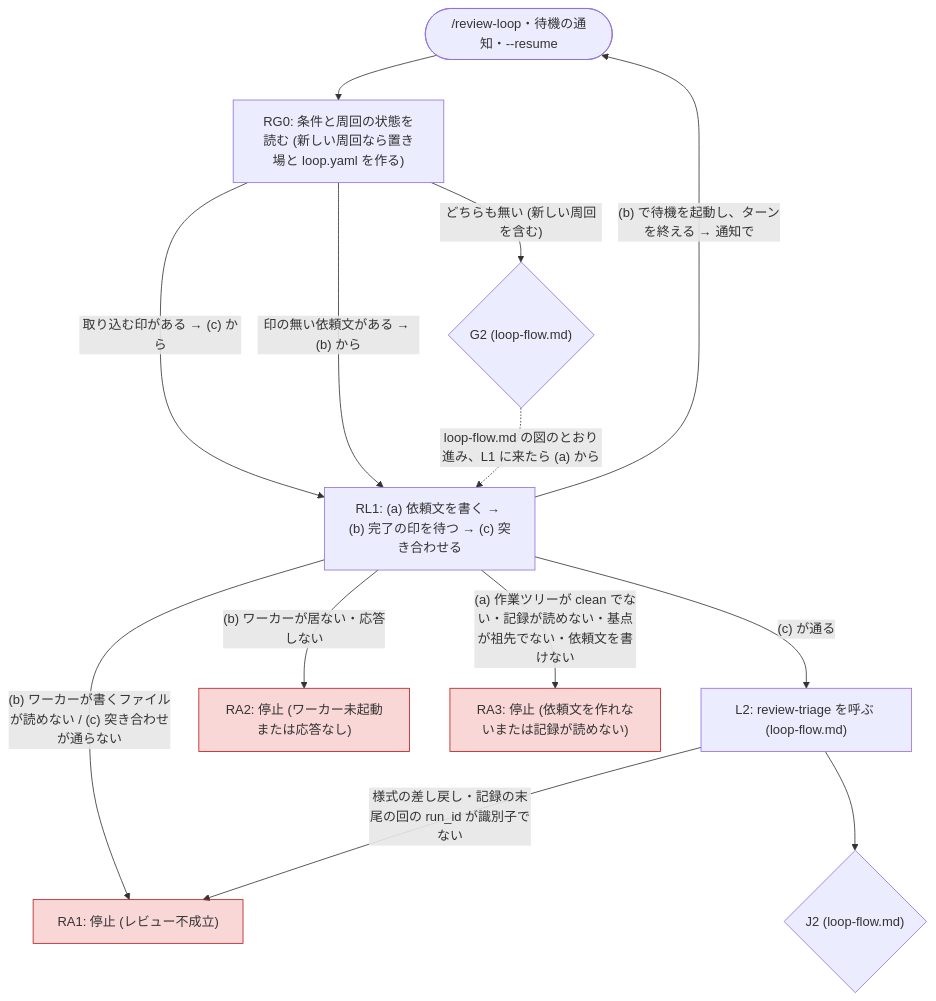
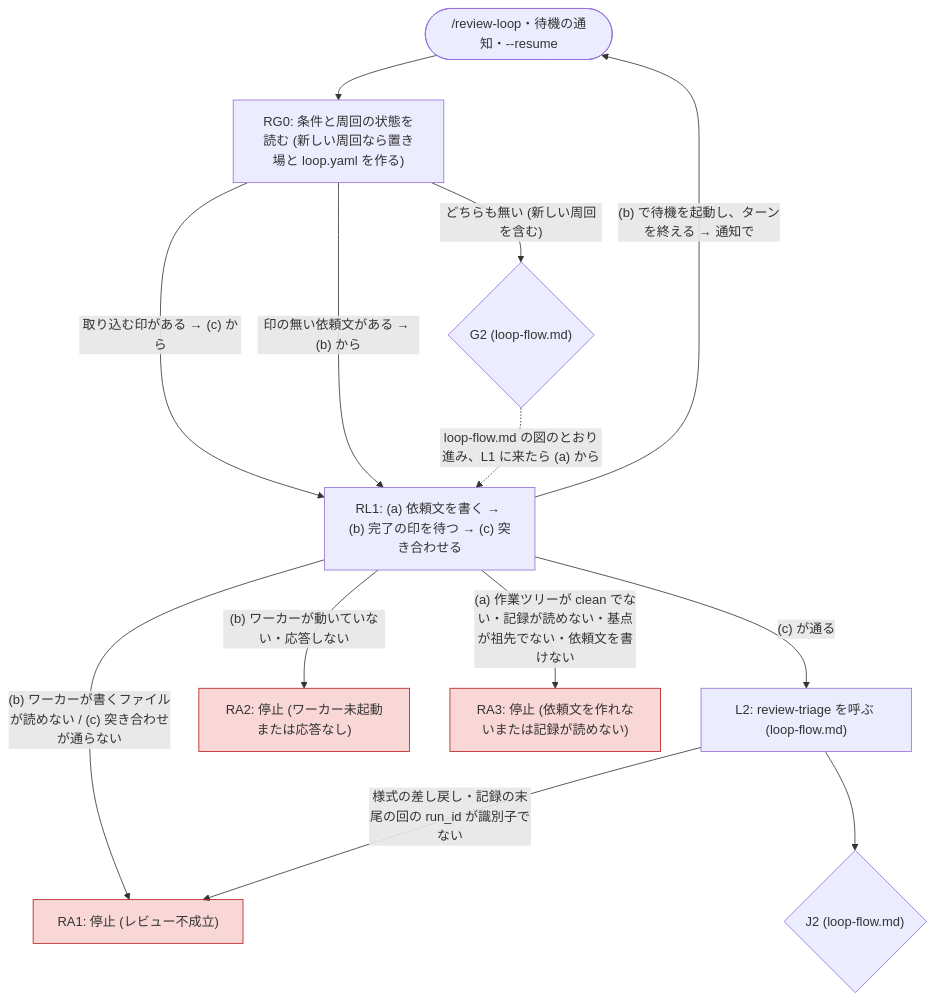
Before and after one commit to akm/claude-plugins: the diagram in review-triage/skills/review-loop/references/stops.md, drawn with Mermaid. The commit also changed other lines of this file and 15 other files, not shown here.

````diff
--- a/review-triage/skills/review-loop/references/stops.md
+++ b/review-triage/skills/review-loop/references/stops.md
@@ -11,29 +11,29 @@
 ```mermaid
 flowchart TD
   IN(["/review-loop・待機の通知・--resume"])
   RG0["RG0: 条件と周回の状態を読む (新しい周回なら置き場と loop.yaml を作る)"]
   RL1["RL1: (a) 依頼文を書く → (b) 完了の印を待つ → (c) 突き合わせる"]
   G2{"G2 (loop-flow.md)"}
   L2["L2: review-triage を呼ぶ (loop-flow.md)"]
   J2{"J2 (loop-flow.md)"}
   RA1["RA1: 停止 (レビュー不成立)"]
   RA2["RA2: 停止 (ワーカー未起動または応答なし)"]
   RA3["RA3: 停止 (依頼文を作れないまたは記録が読めない)"]
 
   IN --> RG0
   RG0 -- "取り込む印がある → (c) から" --> RL1
   RG0 -- "印の無い依頼文がある → (b) から" --> RL1
   RG0 -- "どちらも無い (新しい周回を含む)" --> G2
   G2 -. "loop-flow.md の図のとおり進み、L1 に来たら (a) から" .-> RL1
   RL1 -- "(b) で待機を起動し、ターンを終える → 通知で" --> IN
   RL1 -- "(a) 作業ツリーが clean でない・記録が読めない・基点が祖先でない・依頼文を書けない" --> RA3
-  RL1 -- "(b) ワーカーが居ない・応答しない" --> RA2
+  RL1 -- "(b) ワーカーが動いていない・応答しない" --> RA2
   RL1 -- "(b) ワーカーが書くファイルが読めない / (c) 突き合わせが通らない" --> RA1
   RL1 -- "(c) が通る" --> L2
   L2 -- "様式の差し戻し・記録の末尾の回の run_id が識別子でない" --> RA1
   L2 --> J2
 
   style RA1 fill:#dc26262e,stroke:#b91c1c
   style RA2 fill:#dc26262e,stroke:#b91c1c
   style RA3 fill:#dc26262e,stroke:#b91c1c
 ```
````
